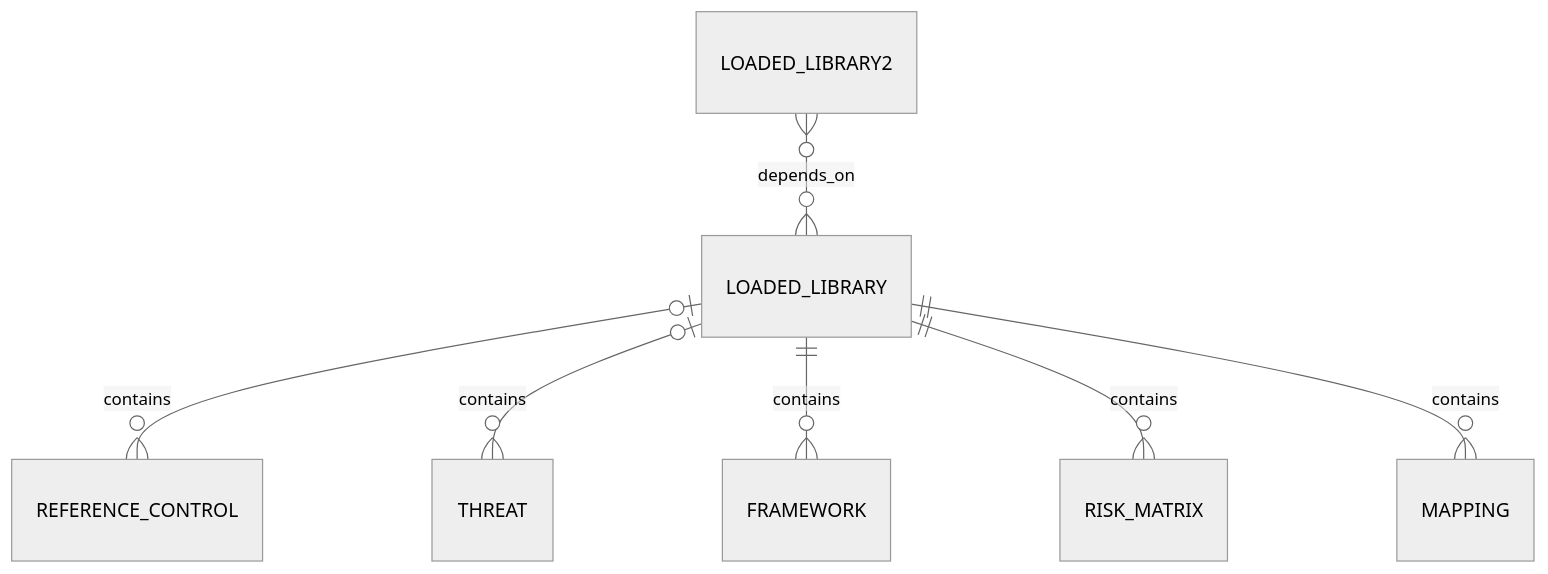
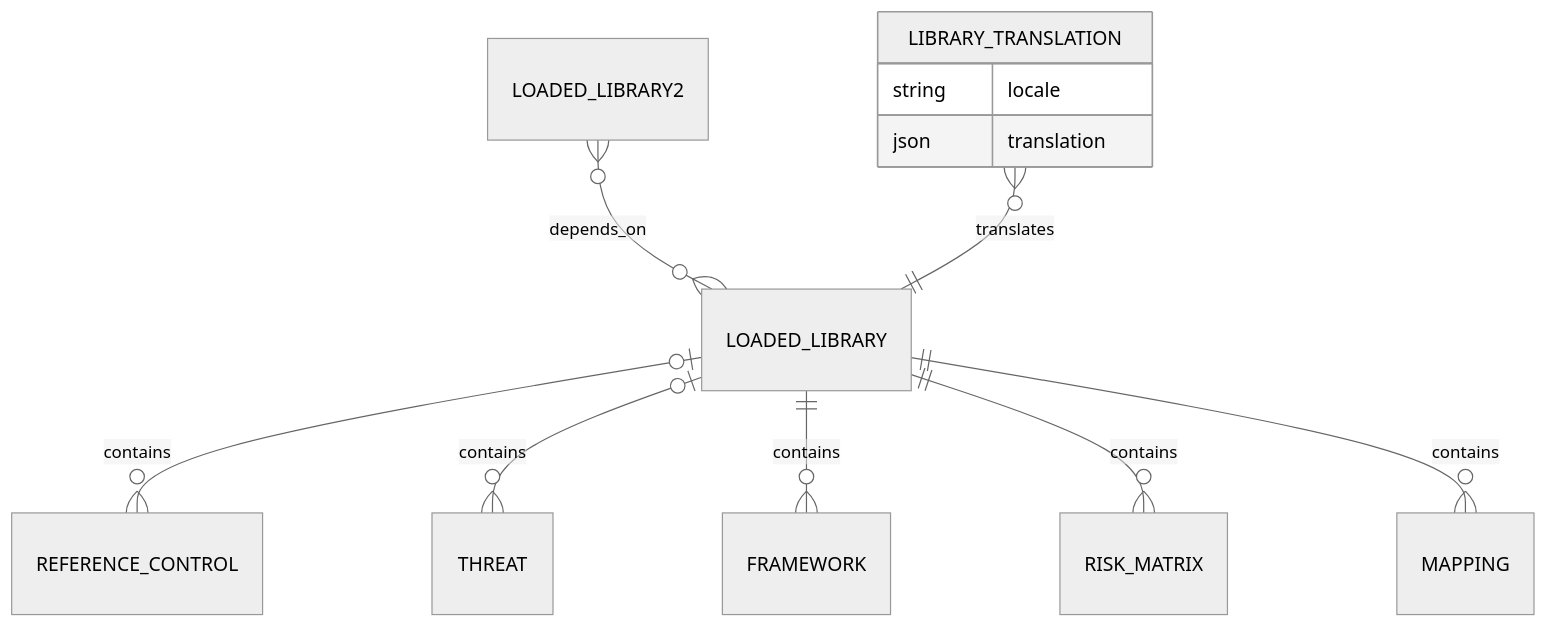
The third of 7 diagrams in documentation/architecture/data-model.md (intuitem/ciso-assistant-community), drawn with Mermaid (neutral theme) before and after one commit. The commit also changed other lines of this file, not shown here.

````diff
--- a/documentation/architecture/data-model.md
+++ b/documentation/architecture/data-model.md
@@ -59,10 +60,16 @@
 ```mermaid
 erDiagram
 
     LOADED_LIBRARY  |o--o{ REFERENCE_CONTROL: contains
     LOADED_LIBRARY  |o--o{ THREAT           : contains
     LOADED_LIBRARY  ||--o{ FRAMEWORK        : contains
     LOADED_LIBRARY  ||--o{ RISK_MATRIX      : contains
     LOADED_LIBRARY  ||--o{ MAPPING          : contains
     LOADED_LIBRARY2 }o--o{ LOADED_LIBRARY   : depends_on
+    LIBRARY_TRANSLATION }o--|| LOADED_LIBRARY: translates
+
+    LIBRARY_TRANSLATION {
+        string locale
+        json translation
+    }
 ```
````
